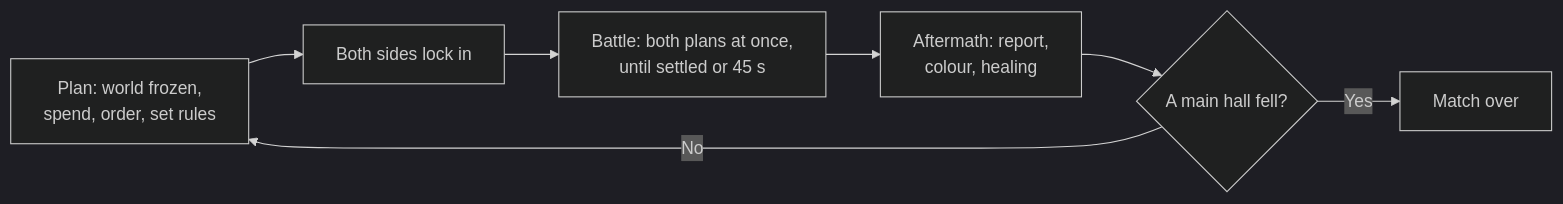
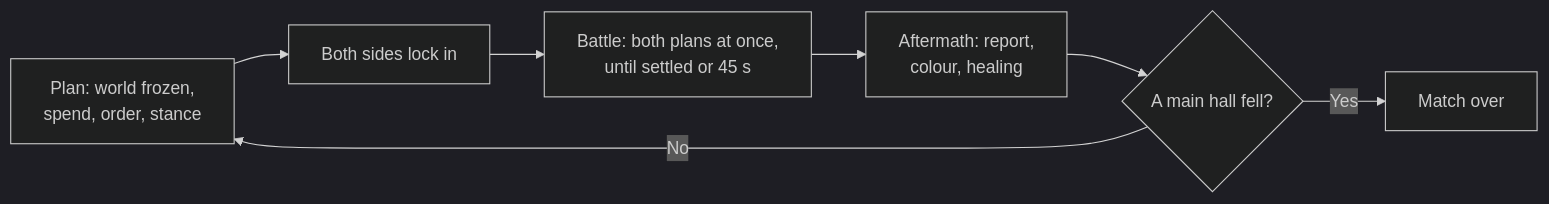
One commit to nauqh/greyfall changed the first of 2 diagrams in PRD.md. Above: the diagram before and after it, drawn with Mermaid (dark theme). The commit also changed other lines of this file, not shown here.

First line of the commit message:
docs(prd): four stances instead of standing rules

````diff
--- a/PRD.md
+++ b/PRD.md
@@ -47,9 +47,9 @@
 ```mermaid
 flowchart LR
-  A[Plan: world frozen,<br/>spend, order, set rules] --> B[Both sides lock in]
+  A[Plan: world frozen,<br/>spend, order, stance] --> B[Both sides lock in]
   B --> C[Battle: both plans at once,<br/>until settled or 45 s]
   C --> D[Aftermath: report,<br/>colour, healing]
   D --> E{A main hall fell?}
   E -->|No| A
   E -->|Yes| F[Match over]
 ```
````
